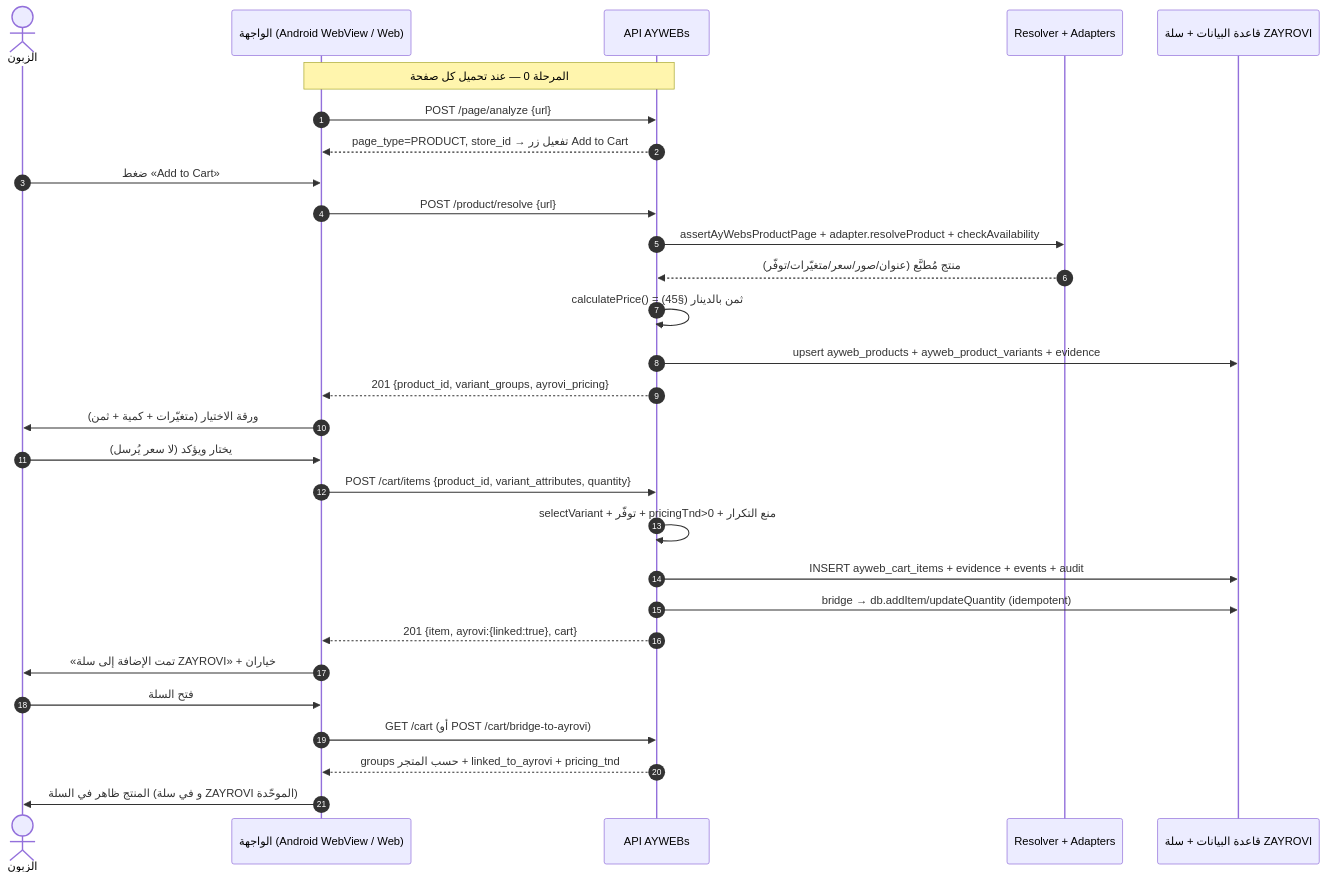
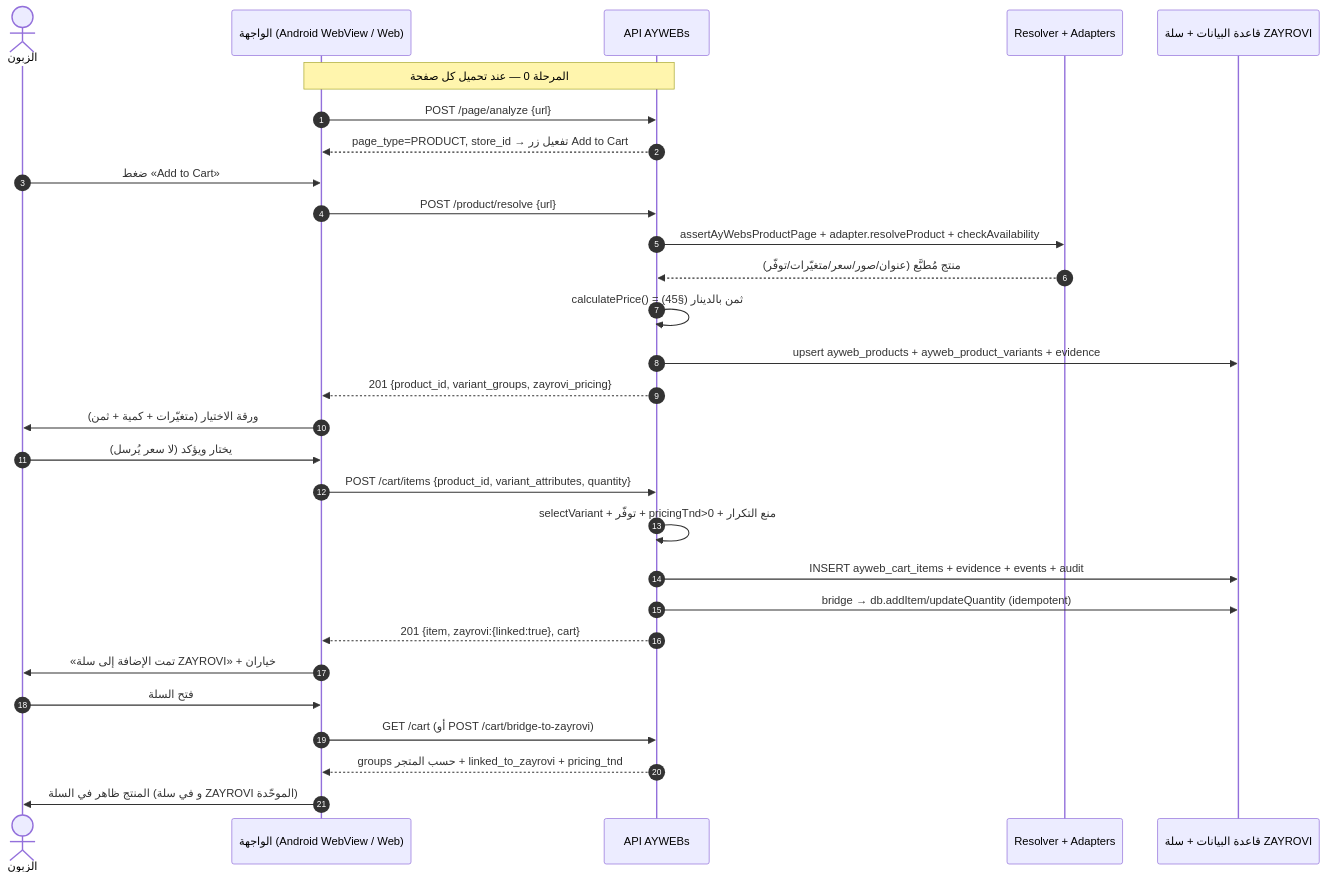
Before and after one commit to issamweldlatifa-gif/ayrovi_beta1: the diagram in docs/AYWEBS_ADD_TO_CART_STEPS_AR.md, drawn with Mermaid. The commit also changed other lines of this file and 1932 other files, not shown here.

````diff
--- a/docs/AYWEBS_ADD_TO_CART_STEPS_AR.md
+++ b/docs/AYWEBS_ADD_TO_CART_STEPS_AR.md
@@ -265,35 +265,35 @@
 ```mermaid
 sequenceDiagram
   autonumber
   actor C as الزبون
   participant UI as الواجهة (Android WebView / Web)
   participant API as API AYWEBs
   participant RES as Resolver + Adapters
   participant DB as قاعدة البيانات + سلة ZAYROVI
 
   Note over UI,API: المرحلة 0 — عند تحميل كل صفحة
   UI->>API: POST /page/analyze {url}
   API-->>UI: page_type=PRODUCT, store_id  → تفعيل زر Add to Cart
 
   C->>UI: ضغط «Add to Cart»
   UI->>API: POST /product/resolve {url}
   API->>RES: assertAyWebsProductPage + adapter.resolveProduct + checkAvailability
   RES-->>API: منتج مُطبَّع (عنوان/صور/سعر/متغيّرات/توفّر)
   API->>API: calculatePrice() = ثمن بالدينار (§45)
   API->>DB: upsert ayweb_products + ayweb_product_variants + evidence
-  API-->>UI: 201 {product_id, variant_groups, ayrovi_pricing}
+  API-->>UI: 201 {product_id, variant_groups, zayrovi_pricing}
 
   UI->>C: ورقة الاختيار (متغيّرات + كمية + ثمن)
   C->>UI: يختار ويؤكد (لا سعر يُرسل)
   UI->>API: POST /cart/items {product_id, variant_attributes, quantity}
   API->>API: selectVariant + توفّر + pricingTnd>0 + منع التكرار
   API->>DB: INSERT ayweb_cart_items + evidence + events + audit
   API->>DB: bridge → db.addItem/updateQuantity (idempotent)
-  API-->>UI: 201 {item, ayrovi:{linked:true}, cart}
+  API-->>UI: 201 {item, zayrovi:{linked:true}, cart}
 
   UI->>C: «تمت الإضافة إلى سلة ZAYROVI» + خياران
   C->>UI: فتح السلة
-  UI->>API: GET /cart  (أو POST /cart/bridge-to-ayrovi)
-  API-->>UI: groups حسب المتجر + linked_to_ayrovi + pricing_tnd
+  UI->>API: GET /cart  (أو POST /cart/bridge-to-zayrovi)
+  API-->>UI: groups حسب المتجر + linked_to_zayrovi + pricing_tnd
   UI->>C: المنتج ظاهر في السلة (و في سلة ZAYROVI الموحّدة)
 ```
````
